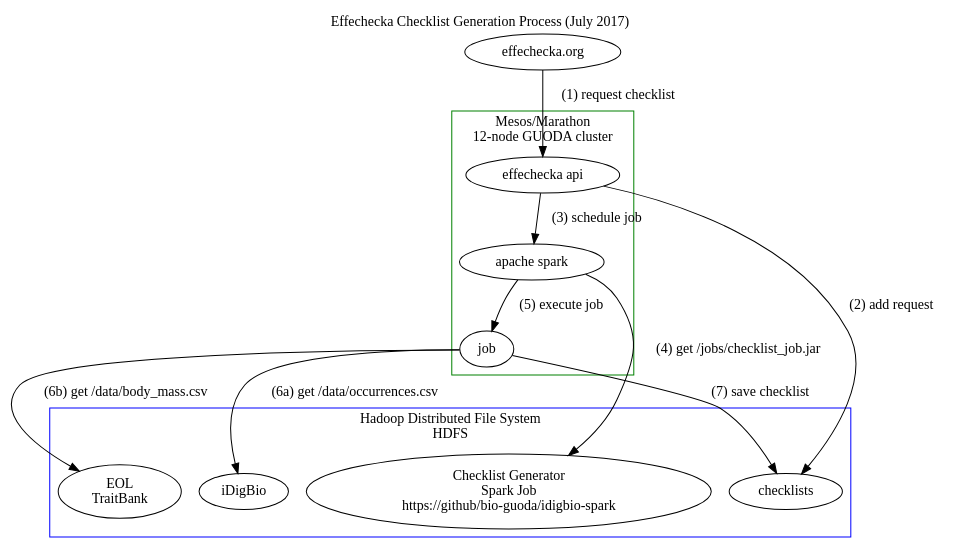
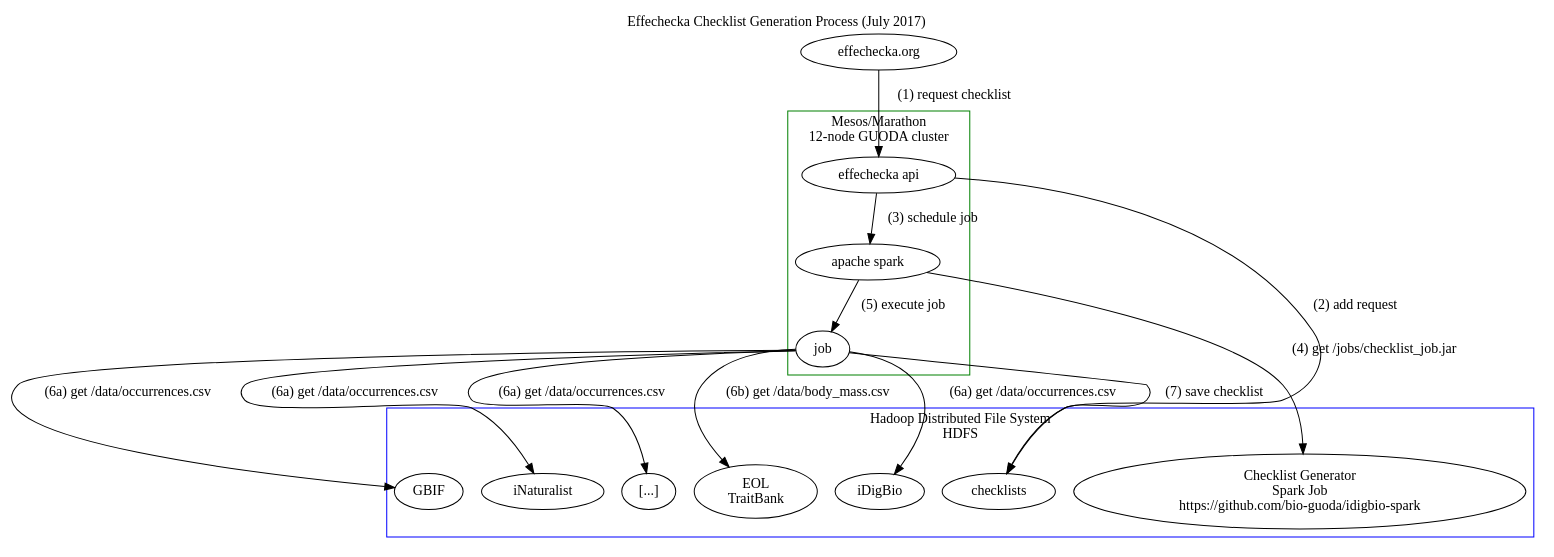
The diagram in assets/checklistGenerationProcess.dot (jhpoelen/effechecka), drawn with Graphviz before and after one commit. The commit also changed 1 other file, not shown here.

```diff
--- a/assets/checklistGenerationProcess.dot
+++ b/assets/checklistGenerationProcess.dot
@@ -1,24 +1,27 @@
 digraph G {
   labelloc="t";
   label="Effechecka Checklist Generation Process (July 2017)";
   compound=true;
   fontname="bold";
   "effechecka.org" -> "effechecka api"[label=" (1) request checklist"]
   subgraph cluster0 {
 	"effechecka api" -> "apache spark"[label=" (3) schedule job"];
   "apache spark" -> "job"[label= " (5) execute job"];
     label = "Mesos/Marathon\n12-node GUODA cluster";
     color = "green";
   }
 
   subgraph cluster1 {
 		"job" -> "iDigBio"[label= " (6a) get /data/occurrences.csv"];
+		"job" -> "GBIF"[label= " (6a) get /data/occurrences.csv"];
+		"job" -> "iNaturalist"[label= " (6a) get /data/occurrences.csv"];
+		"job" -> "[...]"[label= " (6a) get /data/occurrences.csv"];
 		"job" -> "checklists"[label=" (7) save checklist"];
     		"effechecka api" -> "checklists"[label=" (2) add request"];
 		"job" -> "EOL\nTraitBank"[label= " (6b) get /data/body_mass.csv"];
-		"apache spark" -> "Checklist Generator\nSpark Job\nhttps://github/bio-guoda/idigbio-spark"[label= " (4) get /jobs/checklist_job.jar"];
+		"apache spark" -> "Checklist Generator\nSpark Job\nhttps://github.com/bio-guoda/idigbio-spark"[label= " (4) get /jobs/checklist_job.jar"];
 		label = "Hadoop Distributed File System\nHDFS"
 		color = "blue"
   }
 
 }
```
